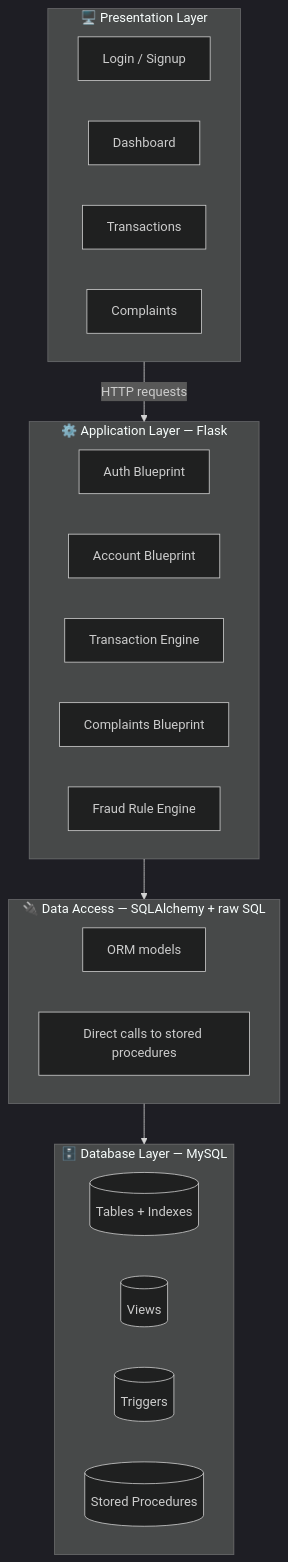
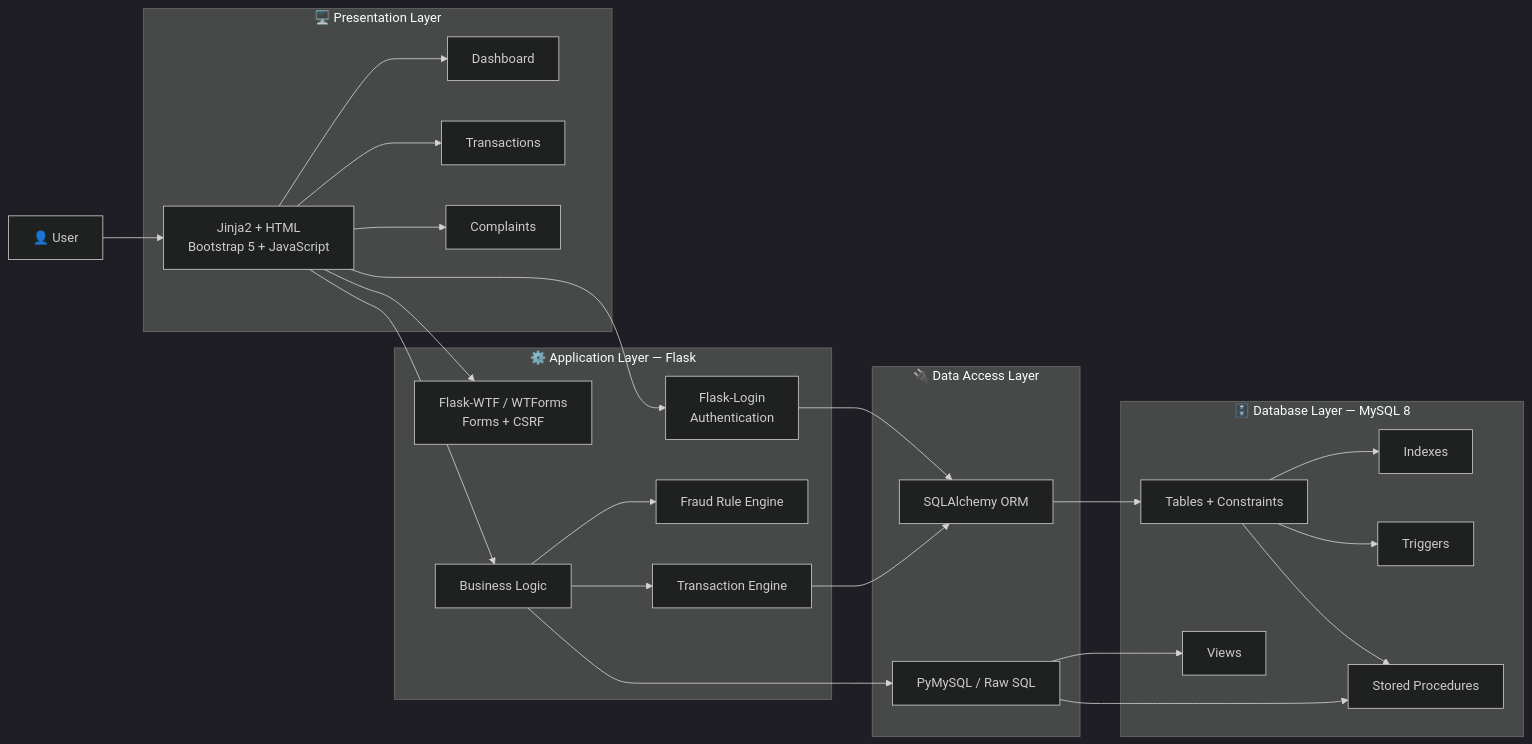
Before and after one commit to Er-Ishan-Srivastav/PayFlow-UPI-Management-System: the first of 3 diagrams in README.md, drawn with Mermaid (dark theme). The commit also changed other lines of this file, not shown here.

````diff
--- a/README.md
+++ b/README.md
@@ -48,33 +89,55 @@
 ```mermaid
-flowchart TD
-    subgraph Presentation["🖥️ Presentation Layer"]
-        A1[Login / Signup]
-        A2[Dashboard]
-        A3[Transactions]
-        A4[Complaints]
+flowchart LR
+    U["👤 User"]
+
+    subgraph P["🖥️ Presentation Layer"]
+        UI["Jinja2 + HTML<br/>Bootstrap 5 + JavaScript"]
+        DASH["Dashboard"]
+        TXUI["Transactions"]
+        COMPUI["Complaints"]
     end
 
-    subgraph Application["⚙️ Application Layer — Flask"]
-        B1[Auth Blueprint]
-        B2[Account Blueprint]
-        B3[Transaction Engine]
-        B4[Complaints Blueprint]
-        B5[Fraud Rule Engine]
+    subgraph A["⚙️ Application Layer — Flask"]
+        AUTH["Flask-Login<br/>Authentication"]
+        FORMS["Flask-WTF / WTForms<br/>Forms + CSRF"]
+        CORE["Business Logic"]
+        FRAUD["Fraud Rule Engine"]
+        TX["Transaction Engine"]
     end
 
-    subgraph DataAccess["🔌 Data Access — SQLAlchemy + raw SQL"]
-        D1[ORM models]
-        D2[Direct calls to stored procedures]
+    subgraph DA["🔌 Data Access Layer"]
+        ORM["SQLAlchemy ORM"]
+        RAW["PyMySQL / Raw SQL"]
     end
 
-    subgraph Database["🗄️ Database Layer — MySQL"]
-        C1[(Tables + Indexes)]
-        C2[(Views)]
-        C3[(Triggers)]
-        C4[(Stored Procedures)]
+    subgraph DB["🗄️ Database Layer — MySQL 8"]
+        TABLES["Tables + Constraints"]
+        IDX["Indexes"]
+        VIEWS["Views"]
+        TRIG["Triggers"]
+        SP["Stored Procedures"]
     end
 
-    Presentation -->|HTTP requests| Application
-    Application --> DataAccess
-    DataAccess --> Database
+    U --> UI
+    UI --> DASH
+    UI --> TXUI
+    UI --> COMPUI
+
+    UI --> AUTH
+    UI --> FORMS
+    UI --> CORE
+
+    CORE --> TX
+    CORE --> FRAUD
+    TX --> ORM
+    AUTH --> ORM
+    CORE --> RAW
+
+    ORM --> TABLES
+    RAW --> SP
+    RAW --> VIEWS
+
+    TABLES --> IDX
+    TABLES --> TRIG
+    TABLES --> SP
 ```
````
